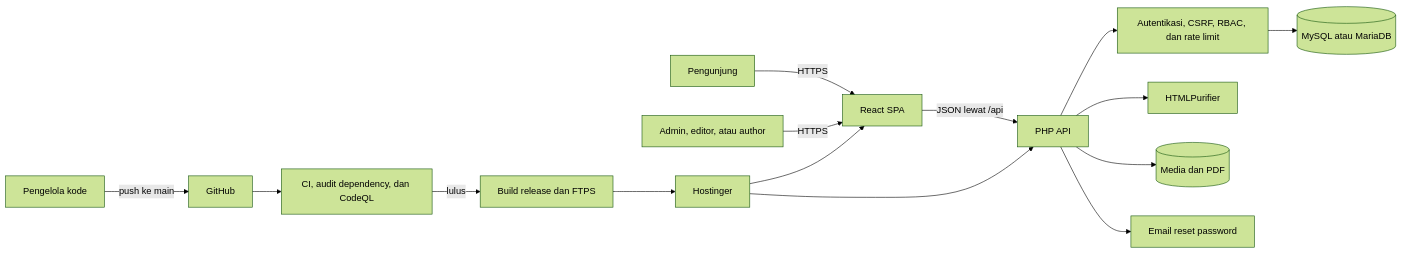
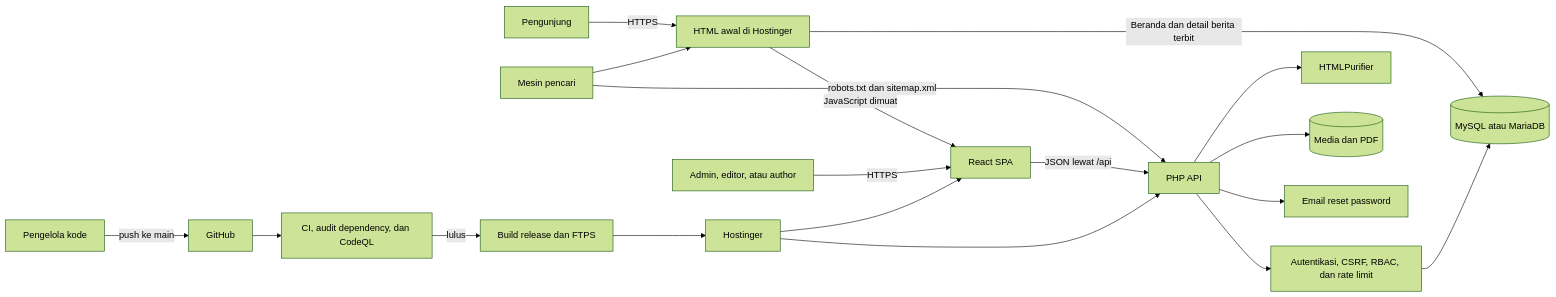
Before and after one commit to Antophic/kbb_sadunia: the first of 8 diagrams in docs/FLOWCHART.md, drawn with Mermaid (forest theme). The commit also changed 20 other files, not shown here.

````diff
--- a/docs/FLOWCHART.md
+++ b/docs/FLOWCHART.md
@@ -9,19 +9,23 @@
 ```mermaid
 flowchart LR
-    visitor[Pengunjung] -->|HTTPS| web[React SPA]
+    visitor[Pengunjung] -->|HTTPS| html[HTML awal di Hostinger]
+    crawler[Mesin pencari] -->|robots.txt dan sitemap.xml| api
+    crawler --> html
+    html -->|Beranda dan detail berita terbit| db
+    html -->|JavaScript dimuat| web[React SPA]
     staff[Admin, editor, atau author] -->|HTTPS| web
     web -->|JSON lewat /api| api[PHP API]
 
     api --> auth[Autentikasi, CSRF, RBAC, dan rate limit]
     auth --> db[(MySQL atau MariaDB)]
     api --> sanitizer[HTMLPurifier]
     api --> storage[(Media dan PDF)]
     api --> mail[Email reset password]
 
     maintainer[Pengelola kode] -->|push ke main| github[GitHub]
     github --> checks[CI, audit dependency, dan CodeQL]
     checks -->|lulus| deploy[Build release dan FTPS]
     deploy --> host[Hostinger]
     host --> web
     host --> api
 ```
````
